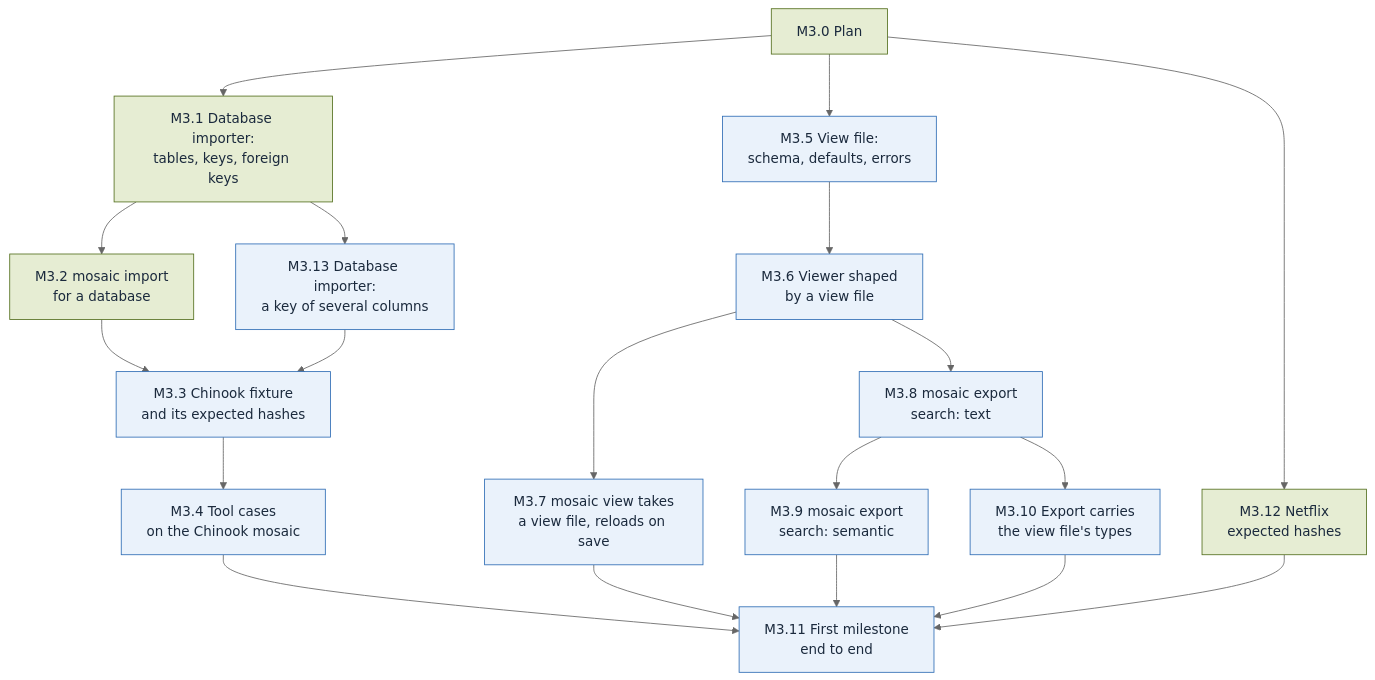
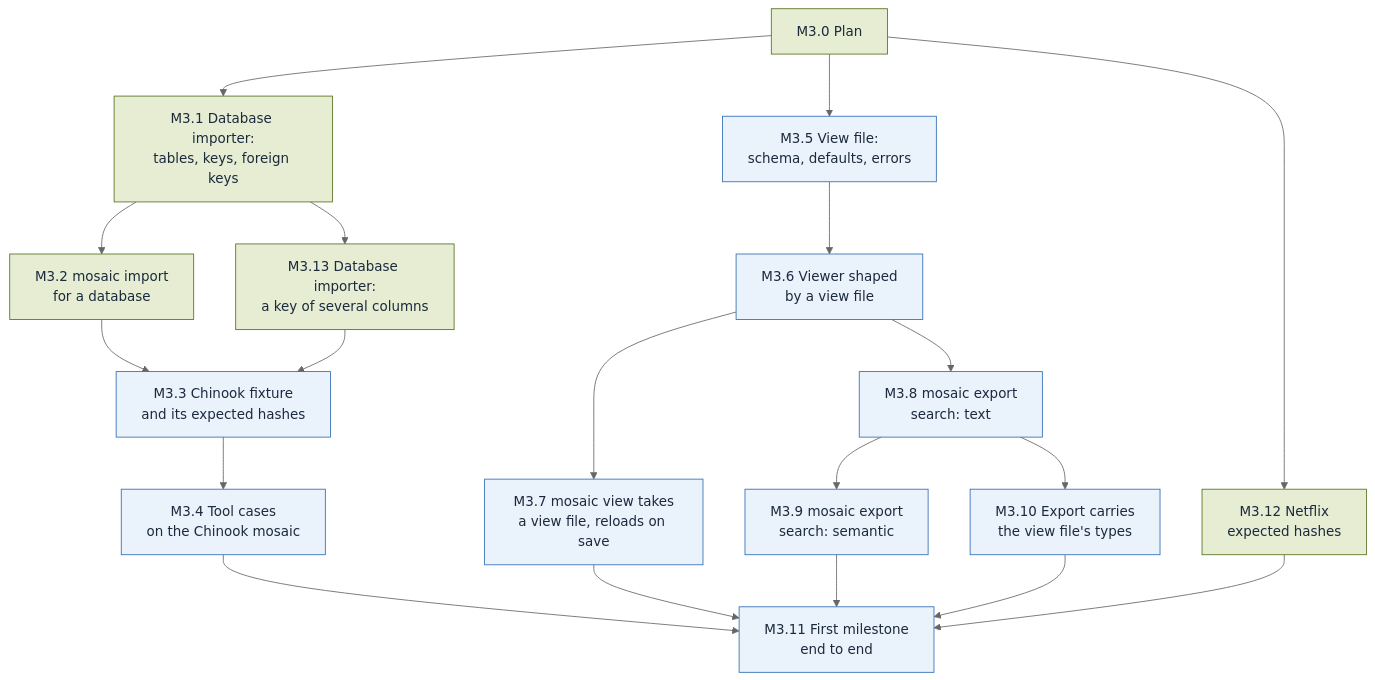
The diagram in plan/M3.md (alcjor/Mosaic), drawn with Mermaid (neutral theme) before and after one commit. The commit also changed other lines of this file and 5 other files, not shown here.

````diff
--- a/plan/M3.md
+++ b/plan/M3.md
@@ -3,40 +3,69 @@
 ```mermaid
 flowchart TD
+  classDef done fill:#E6EDD3,stroke:#55701F,color:#1B2A3D
+  classDef todo fill:#EAF2FB,stroke:#2F6DB5,color:#1B2A3D
+  classDef parked fill:#FCEFCF,stroke:#F2B630,color:#1B2A3D
+  %% One block per slice: its node, then its status (done, todo or parked).
+  %% Blank lines keep each status line apart, so two PRs marking two slices merge cleanly.
+
   M3_0["M3.0 Plan"]
+  class M3_0 done
+
   M3_1["M3.1 Database importer:<br/>tables, keys, foreign keys"]
+  class M3_1 done
+
   M3_2["M3.2 mosaic import<br/>for a database"]
+  class M3_2 done
+
   M3_3["M3.3 Chinook fixture<br/>and its expected hashes"]
+  class M3_3 todo
+
   M3_4["M3.4 Tool cases<br/>on the Chinook mosaic"]
+  class M3_4 todo
+
   M3_5["M3.5 View file:<br/>schema, defaults, errors"]
+  class M3_5 todo
+
   M3_6["M3.6 Viewer shaped<br/>by a view file"]
+  class M3_6 todo
+
   M3_7["M3.7 mosaic view takes<br/>a view file, reloads on save"]
+  class M3_7 todo
+
   M3_8["M3.8 mosaic export<br/>search: text"]
+  class M3_8 todo
+
   M3_9["M3.9 mosaic export<br/>search: semantic"]
+  class M3_9 todo
+
   M3_10["M3.10 Export carries<br/>the view file's types"]
+  class M3_10 todo
+
   M3_11["M3.11 First milestone<br/>end to end"]
+  class M3_11 todo
+
   M3_12["M3.12 Netflix<br/>expected hashes"]
+  class M3_12 done
+
   M3_13["M3.13 Database importer:<br/>a key of several columns"]
+  class M3_13 done
+
   M3_0 --> M3_1
   M3_1 --> M3_2
   M3_2 --> M3_3
   M3_3 --> M3_4
   M3_0 --> M3_5
   M3_5 --> M3_6
   M3_6 --> M3_7
   M3_6 --> M3_8
   M3_8 --> M3_9
   M3_8 --> M3_10
   M3_4 --> M3_11
   M3_7 --> M3_11
   M3_9 --> M3_11
   M3_10 --> M3_11
   M3_0 --> M3_12
   M3_12 --> M3_11
   M3_1 --> M3_13
   M3_13 --> M3_3
-  classDef done fill:#E6EDD3,stroke:#55701F,color:#1B2A3D
-  classDef todo fill:#EAF2FB,stroke:#2F6DB5,color:#1B2A3D
-  classDef parked fill:#FCEFCF,stroke:#F2B630,color:#1B2A3D
-  class M3_0,M3_1,M3_2,M3_12 done
-  class M3_3,M3_4,M3_5,M3_6,M3_7,M3_8,M3_9,M3_10,M3_11,M3_13 todo
 ```
````
